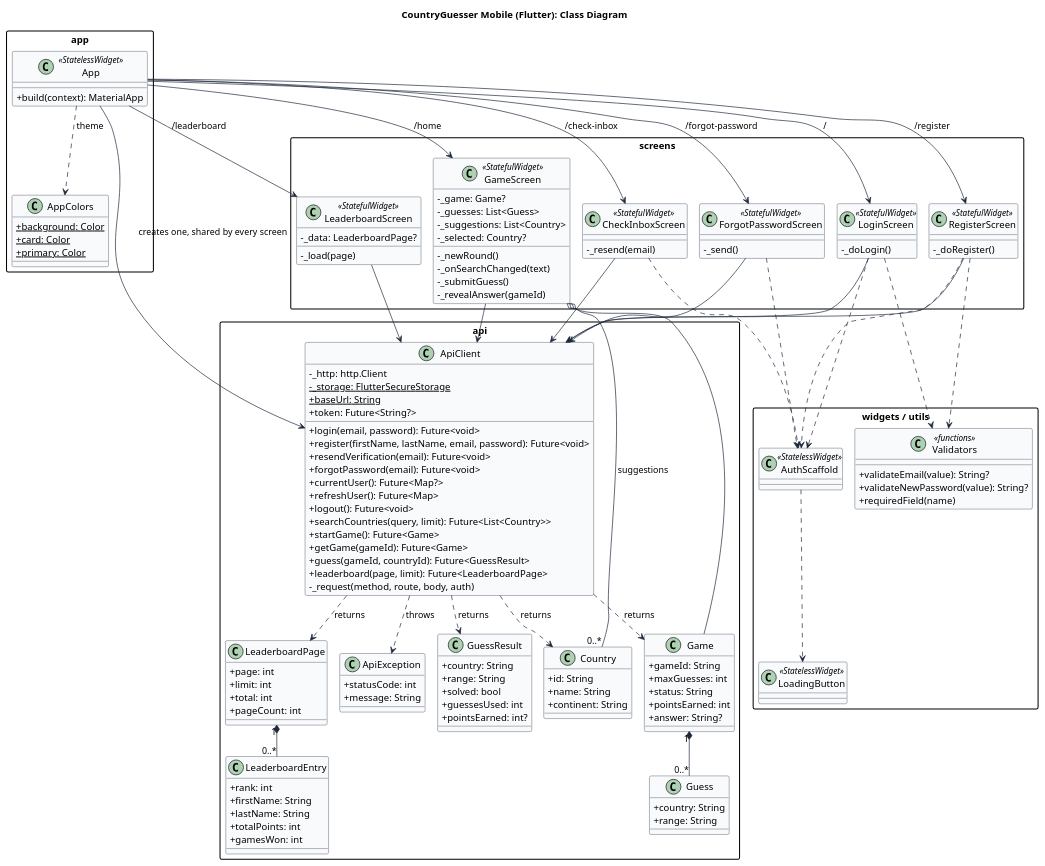
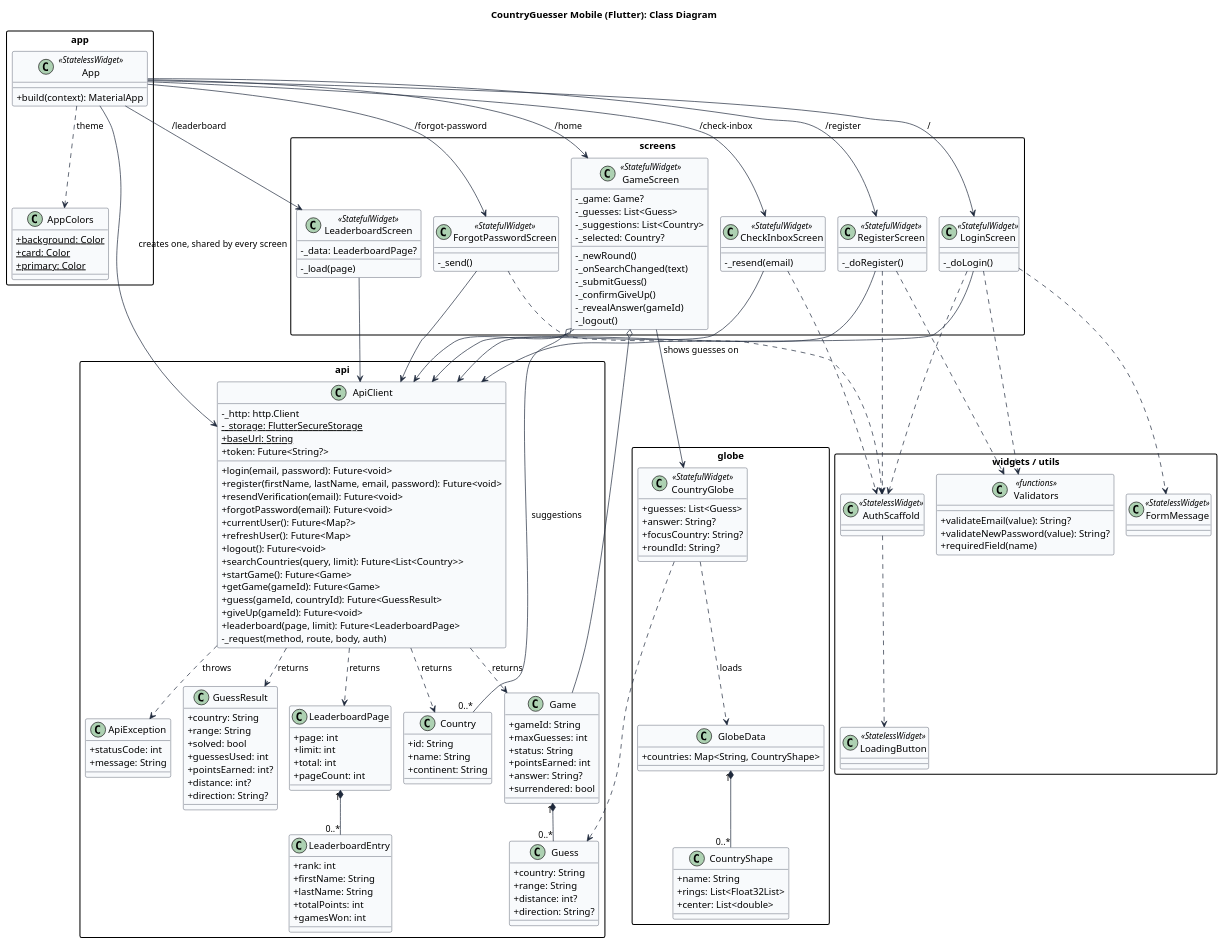
Before and after one commit to samborg-dev/COP4331-Large-Project: the diagram in docs/diagrams/class-mobile.puml, drawn with PlantUML. The commit also changed 10 other files, not shown here.

```diff
--- a/docs/diagrams/class-mobile.puml
+++ b/docs/diagrams/class-mobile.puml
@@ -1,161 +1,192 @@
 @startuml class-mobile
 ' Class diagram for the Flutter app (apps/mobile/lib). Owner: Arwa.
 ' Render at https://www.plantuml.com/plantuml or with the VS Code PlantUML extension.
 !pragma layout smetana
 title CountryGuesser Mobile (Flutter): Class Diagram
 
 skinparam shadowing false
 skinparam classAttributeIconSize 0
 skinparam class {
   BackgroundColor #f8fafc
   BorderColor #1e293b
   ArrowColor #1e293b
 }
 skinparam packageStyle rectangle
 
 package "app" {
   class App <<StatelessWidget>> {
     + build(context): MaterialApp
   }
   class AppColors {
     + {static} background: Color
     + {static} card: Color
     + {static} primary: Color
   }
 }
 
 package "api" {
   class ApiClient {
     - _http: http.Client
     - {static} _storage: FlutterSecureStorage
     + {static} baseUrl: String
     + token: Future<String?>
     + login(email, password): Future<void>
     + register(firstName, lastName, email, password): Future<void>
     + resendVerification(email): Future<void>
     + forgotPassword(email): Future<void>
     + currentUser(): Future<Map?>
     + refreshUser(): Future<Map>
     + logout(): Future<void>
     + searchCountries(query, limit): Future<List<Country>>
     + startGame(): Future<Game>
     + getGame(gameId): Future<Game>
     + guess(gameId, countryId): Future<GuessResult>
+    + giveUp(gameId): Future<void>
     + leaderboard(page, limit): Future<LeaderboardPage>
     - _request(method, route, body, auth)
   }
   class ApiException {
     + statusCode: int
     + message: String
   }
   class Country {
     + id: String
     + name: String
     + continent: String
   }
   class Game {
     + gameId: String
     + maxGuesses: int
     + status: String
     + pointsEarned: int
     + answer: String?
+    + surrendered: bool
   }
   class Guess {
     + country: String
     + range: String
+    + distance: int?
+    + direction: String?
   }
   class GuessResult {
     + country: String
     + range: String
     + solved: bool
     + guessesUsed: int
     + pointsEarned: int?
+    + distance: int?
+    + direction: String?
   }
   class LeaderboardPage {
     + page: int
     + limit: int
     + total: int
     + pageCount: int
   }
   class LeaderboardEntry {
     + rank: int
     + firstName: String
     + lastName: String
     + totalPoints: int
     + gamesWon: int
   }
 }
 
 package "screens" {
   class LoginScreen <<StatefulWidget>> {
     - _doLogin()
   }
   class RegisterScreen <<StatefulWidget>> {
     - _doRegister()
   }
   class CheckInboxScreen <<StatefulWidget>> {
     - _resend(email)
   }
   class ForgotPasswordScreen <<StatefulWidget>> {
     - _send()
   }
   class GameScreen <<StatefulWidget>> {
     - _game: Game?
     - _guesses: List<Guess>
     - _suggestions: List<Country>
     - _selected: Country?
     - _newRound()
     - _onSearchChanged(text)
     - _submitGuess()
+    - _confirmGiveUp()
     - _revealAnswer(gameId)
+    - _logout()
   }
   class LeaderboardScreen <<StatefulWidget>> {
     - _data: LeaderboardPage?
     - _load(page)
   }
 }
 
+package "globe" {
+  class CountryGlobe <<StatefulWidget>> {
+    + guesses: List<Guess>
+    + answer: String?
+    + focusCountry: String?
+    + roundId: String?
+  }
+  class GlobeData {
+    + countries: Map<String, CountryShape>
+  }
+  class CountryShape {
+    + name: String
+    + rings: List<Float32List>
+    + center: List<double>
+  }
+}
+
 package "widgets / utils" {
   class AuthScaffold <<StatelessWidget>>
   class LoadingButton <<StatelessWidget>>
+  class FormMessage <<StatelessWidget>>
   class Validators <<functions>> {
     + validateEmail(value): String?
     + validateNewPassword(value): String?
     + requiredField(name)
   }
 }
 
 App --> ApiClient : creates one, shared by every screen
 App ..> AppColors : theme
 App --> LoginScreen : "/"
 App --> RegisterScreen : "/register"
 App --> CheckInboxScreen : "/check-inbox"
 App --> ForgotPasswordScreen : "/forgot-password"
 App --> GameScreen : "/home"
 App --> LeaderboardScreen : "/leaderboard"
 
 LoginScreen --> ApiClient
 RegisterScreen --> ApiClient
 CheckInboxScreen --> ApiClient
 ForgotPasswordScreen --> ApiClient
 GameScreen --> ApiClient
 LeaderboardScreen --> ApiClient
 
 LoginScreen ..> AuthScaffold
 RegisterScreen ..> AuthScaffold
 CheckInboxScreen ..> AuthScaffold
 ForgotPasswordScreen ..> AuthScaffold
 AuthScaffold ..> LoadingButton
+LoginScreen ..> FormMessage
+GameScreen --> CountryGlobe : shows guesses on
+CountryGlobe ..> GlobeData : loads
+GlobeData "1" *-- "0..*" CountryShape
+CountryGlobe ..> Guess
 LoginScreen ..> Validators
 RegisterScreen ..> Validators
 
 ApiClient ..> ApiException : throws
 ApiClient ..> Country : returns
 ApiClient ..> Game : returns
 ApiClient ..> GuessResult : returns
 ApiClient ..> LeaderboardPage : returns
 Game "1" *-- "0..*" Guess
 LeaderboardPage "1" *-- "0..*" LeaderboardEntry
 GameScreen o-- Game
 GameScreen o-- "0..*" Country : suggestions
 @enduml
```
